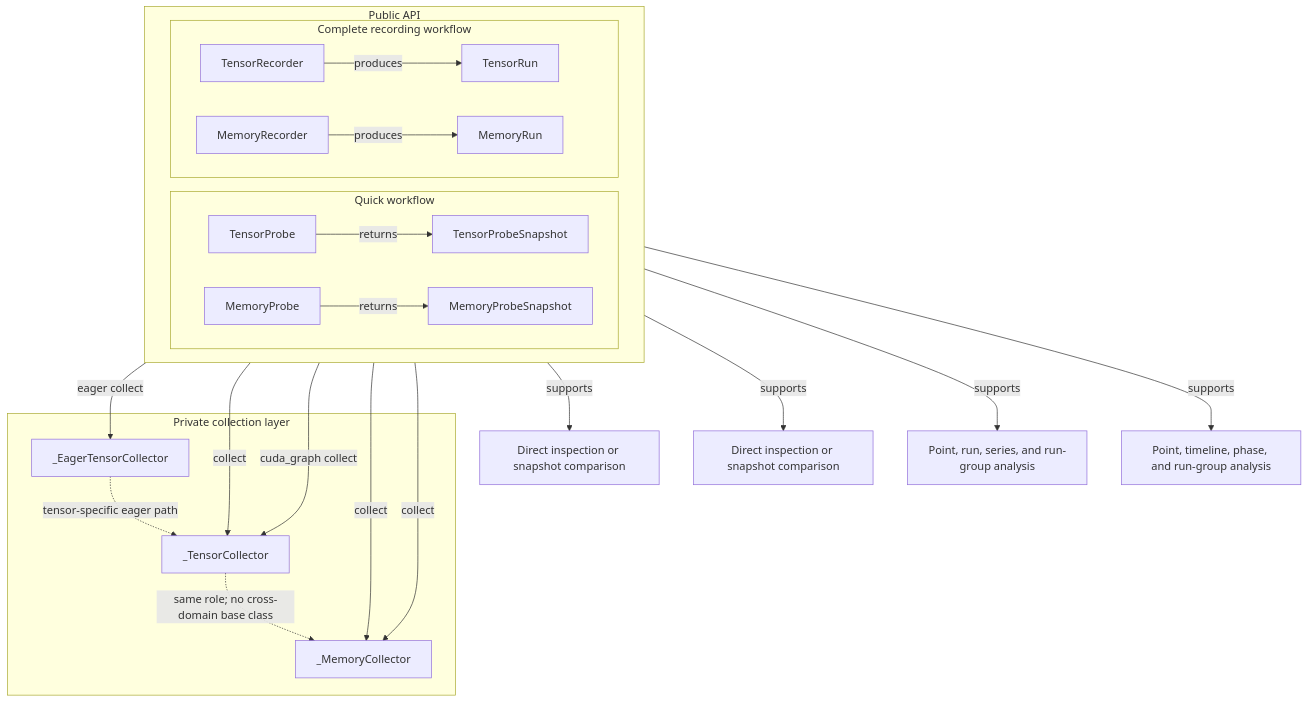
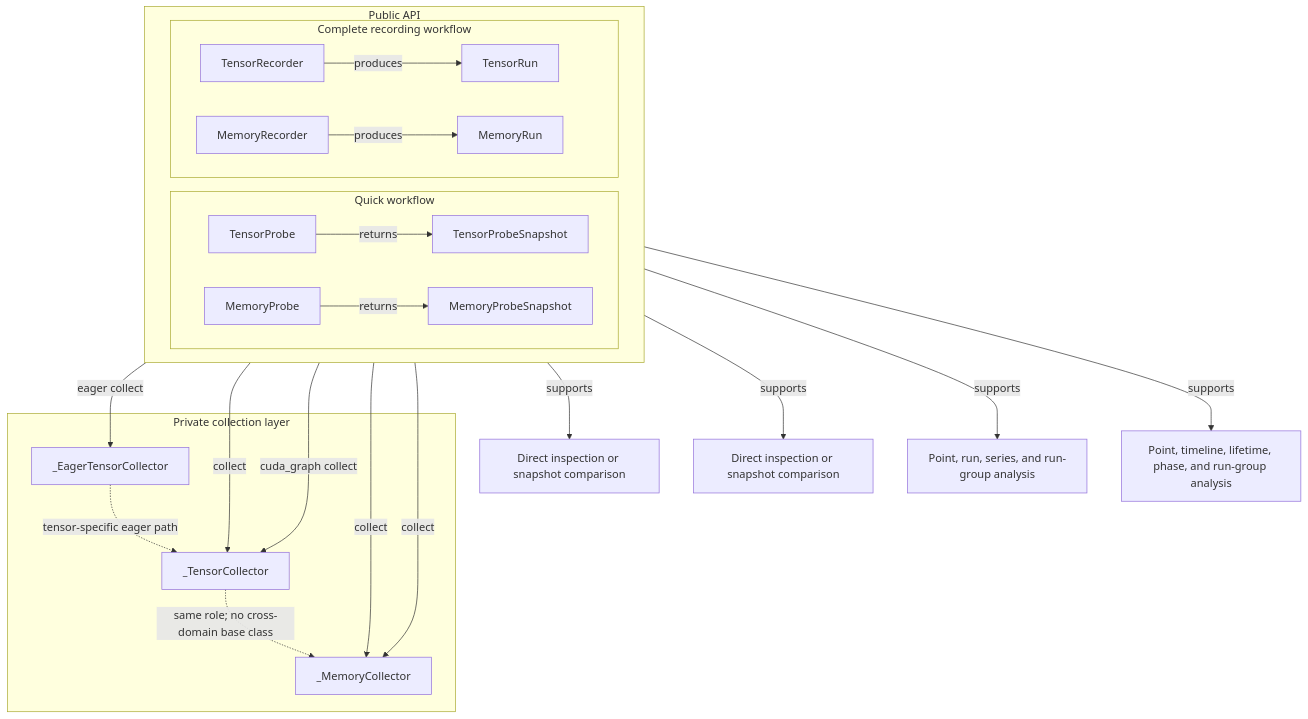
One commit to buptzyb/torch-cudagraph-debug changed the first of 4 diagrams in docs/architecture.md. Above: the diagram before and after it, drawn with Mermaid. The commit also changed 34 other files, not shown here.

````diff
--- a/docs/architecture.md
+++ b/docs/architecture.md
@@ -23,45 +23,45 @@
 ```mermaid
 flowchart TB
     subgraph PublicAPI["Public API"]
         direction LR
 
         subgraph QuickWorkflow["Quick workflow"]
             TP["TensorProbe"]
             MP["MemoryProbe"]
             TPS["TensorProbeSnapshot"]
             MPS["MemoryProbeSnapshot"]
         end
 
         subgraph RecordingWorkflow["Complete recording workflow"]
             TR["TensorRecorder"]
             MR["MemoryRecorder"]
             TRun["TensorRun"]
             MRun["MemoryRun"]
         end
     end
 
     subgraph CollectionLayer["Private collection layer"]
         TC["_TensorCollector"]
         ETC["_EagerTensorCollector"]
         MC["_MemoryCollector"]
     end
 
     TP -->|collect| TC
     TR -->|cuda_graph collect| TC
     TR -->|eager collect| ETC
     TP -->|returns| TPS
     TR -->|produces| TRun
 
     MP -->|collect| MC
     MR -->|collect| MC
     MP -->|returns| MPS
     MR -->|produces| MRun
 
     TPS -->|supports| TI["Direct inspection or snapshot comparison"]
     MPS -->|supports| MI["Direct inspection or snapshot comparison"]
     TRun -->|supports| TA["Point, run, series, and run-group analysis"]
-    MRun -->|supports| MA["Point, timeline, phase, and run-group analysis"]
+    MRun -->|supports| MA["Point, timeline, lifetime, phase, and run-group analysis"]
 
     TC -. "same role; no cross-domain base class" .-> MC
     ETC -. "tensor-specific eager path" .-> TC
 ```
````
